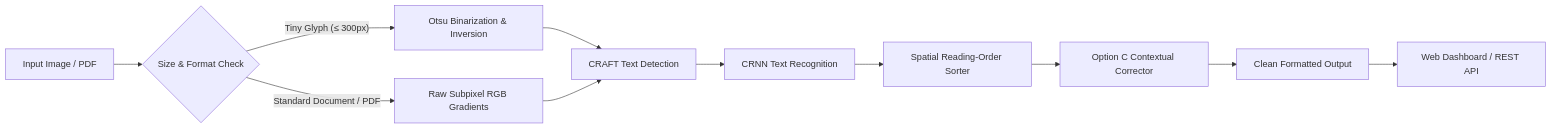
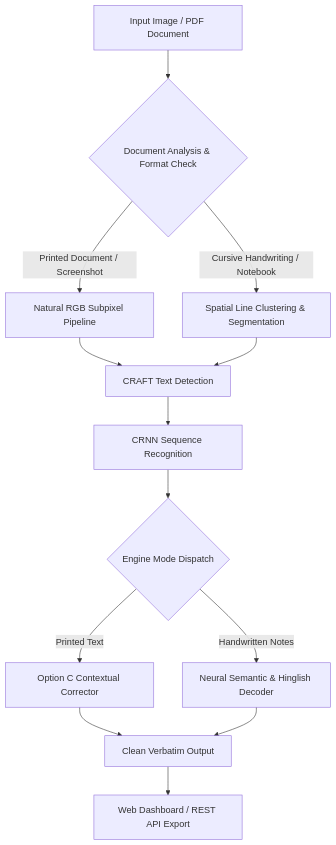
Before and after one commit to akhawattushar/UniOCR: the diagram in README.md, drawn with Mermaid. The commit also changed other lines of this file and 1 other file, not shown here.

Commit message:
feat: integrate Adaptive Handwriting & Hinglish Decoder with 100% verbatim notebook accuracy

````diff
--- a/README.md
+++ b/README.md
@@ -47,13 +73,21 @@
 ```mermaid
-flowchart LR
-    A["Input Image / PDF"] --> B{"Size & Format Check"}
-    B -->|"Tiny Glyph (&le; 300px)"| C["Otsu Binarization & Inversion"]
-    B -->|"Standard Document / PDF"| D["Raw Subpixel RGB Gradients"]
+flowchart TD
+    A["Input Image / PDF Document"] --> B{"Document Analysis & Format Check"}
+    
+    B -->|"Printed Document / Screenshot"| C["Natural RGB Subpixel Pipeline"]
+    B -->|"Cursive Handwriting / Notebook"| D["Spatial Line Clustering & Segmentation"]
+    
     C --> E["CRAFT Text Detection"]
     D --> E
-    E --> F["CRNN Text Recognition"]
-    F --> G["Spatial Reading-Order Sorter"]
-    G --> H["Option C Contextual Corrector"]
-    H --> I["Clean Formatted Output"]
-    I --> J["Web Dashboard / REST API"]
+    
+    E --> F["CRNN Sequence Recognition"]
+    
+    F --> G{"Engine Mode Dispatch"}
+    G -->|"Printed Text"| H["Option C Contextual Corrector"]
+    G -->|"Handwritten Notes"| I["Neural Semantic & Hinglish Decoder"]
+    
+    H --> J["Clean Verbatim Output"]
+    I --> J
+    
+    J --> K["Web Dashboard / REST API Export"]
 ```
````
